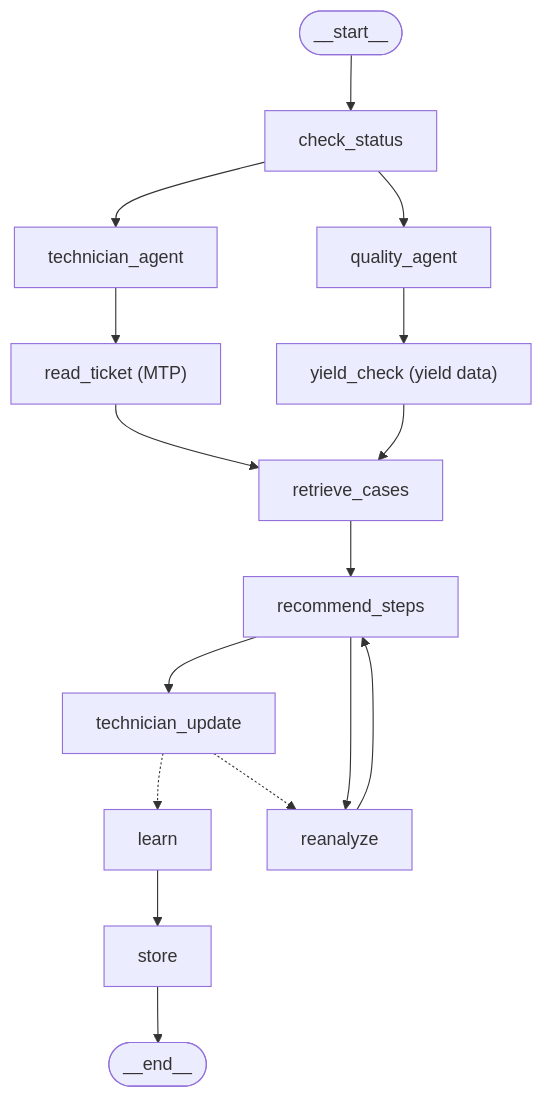
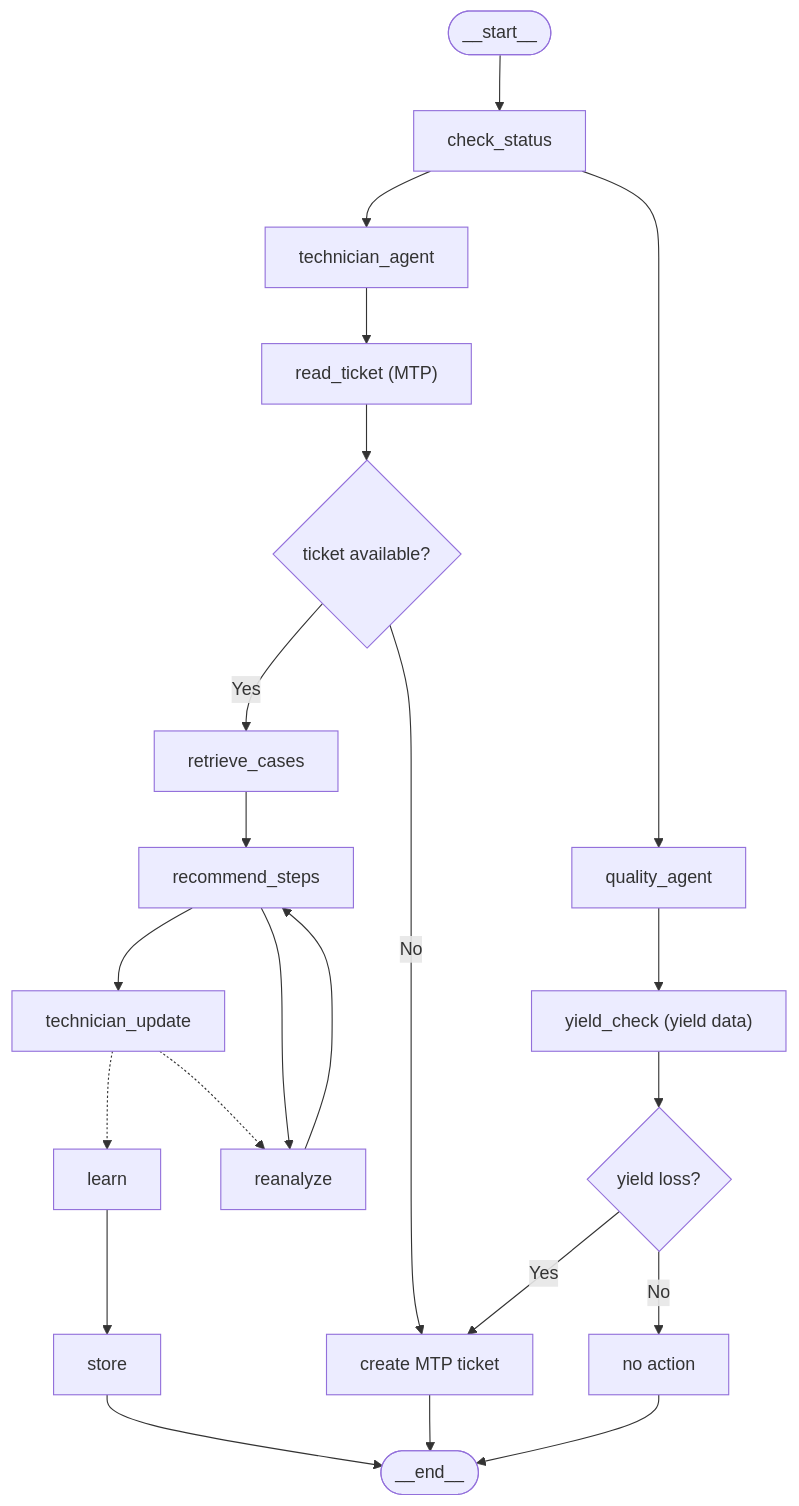
One commit to syauqeehensem/Factory-Agent changed the diagram in README.md. Above: the diagram before and after it, drawn with Mermaid.

````diff
--- a/README.md
+++ b/README.md
@@ -37,27 +37,37 @@
 ```mermaid
 flowchart TD
   start([__start__]) --> check_status[check_status]
 
-  %% Parallel assessment
+  %% Two assessments (can run in parallel; no join required)
   check_status --> technician_agent[technician_agent]
   check_status --> quality_agent[quality_agent]
 
+  %% Technician assessment: MTP ticket path
   technician_agent --> read_ticket["read_ticket (MTP)"]
-  quality_agent --> yield_check["yield_check (yield data)"]
-
-  read_ticket --> retrieve_cases[retrieve_cases]
-  yield_check --> retrieve_cases
+  read_ticket --> ticket_ok{ticket available?}
+  ticket_ok -- Yes --> retrieve_cases[retrieve_cases]
+  ticket_ok -- No --> create_ticket["create MTP ticket"]
 
   retrieve_cases --> recommend_steps[recommend_steps]
   recommend_steps --> technician_update[technician_update]
 
   %% Optional iteration
   recommend_steps --> reanalyze[reanalyze]
   reanalyze --> recommend_steps
 
   %% Technician update either learns/stores or reanalyzes
   technician_update -.-> learn[learn]
   technician_update -.-> reanalyze
   learn --> store[store]
+
+  %% Quality assessment: yield path
+  quality_agent --> yield_check["yield_check (yield data)"]
+  yield_check --> yield_loss{yield loss?}
+  yield_loss -- Yes --> create_ticket
+  yield_loss -- No --> no_action["no action"]
+
+  %% End states
   store --> end_node([__end__])
+  create_ticket --> end_node
+  no_action --> end_node
 ```
````
